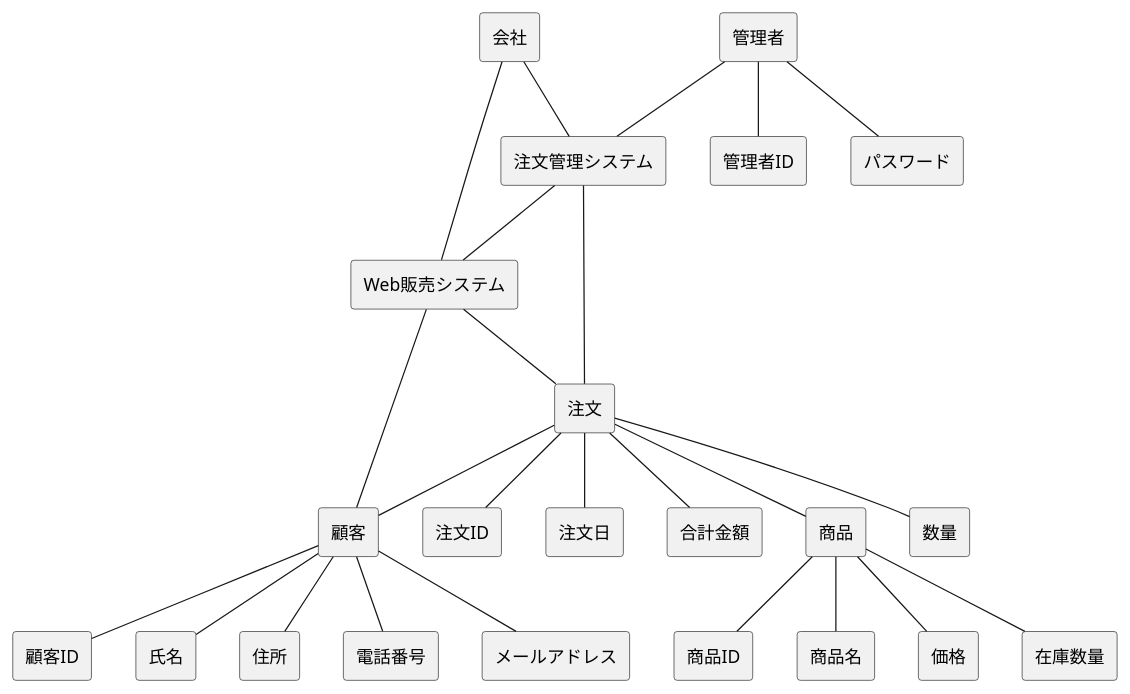
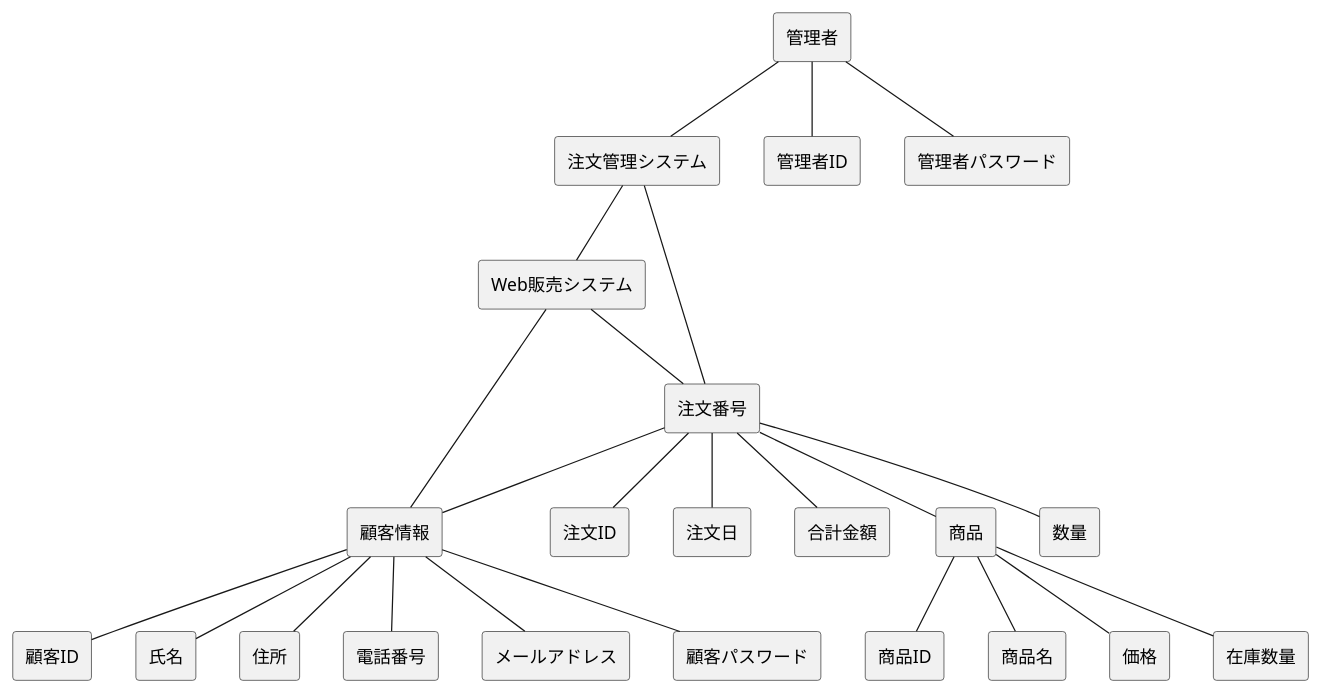
One commit to ko246/ohara_uml changed the diagram in group/3-3_総合演習1_BBショップ注文管理システム/ドメインモデル図/domain.pu. Above: the diagram before and after it, drawn with PlantUML. The commit also changed 2 other files, not shown here.

Commit message:
ドメインモデル図修正

```diff
--- a/group/3-3_総合演習1_BBショップ注文管理システム/ドメインモデル図/domain.pu
+++ b/group/3-3_総合演習1_BBショップ注文管理システム/ドメインモデル図/domain.pu
@@ -1,32 +1,30 @@
 @startuml Robodogドメインモデル図
 skinparam componentStyle rectangle
 
-' 
-[会社] --[Web販売システム]
-[会社] -- [注文管理システム]
 [注文管理システム] -- [Web販売システム]
-[注文管理システム] -- [注文]
-[Web販売システム] -- [注文]
+[注文管理システム] -- [注文番号]
+[Web販売システム] -- [注文番号]
 [管理者] -- [注文管理システム]
-[顧客] -- [Web販売システム]
-[顧客] -- [顧客ID]
-[顧客] -- [氏名]
-[顧客] -- [住所]
-[顧客] -- [電話番号]
-[顧客] -- [メールアドレス]
-[注文] -- [注文ID]
-[注文] -- [注文日]
-[注文] -- [合計金額]
+[顧客情報] -- [Web販売システム]
+[顧客情報] -- [顧客ID]
+[顧客情報] -- [氏名]
+[顧客情報] -- [住所]
+[顧客情報] -- [電話番号]
+[顧客情報] -- [メールアドレス]
+[顧客情報] -- [顧客パスワード]
+[注文番号] -- [注文ID]
+[注文番号] -- [注文日]
+[注文番号] -- [合計金額]
 [商品] -- [商品ID]
 [商品] -- [商品名]
 [商品] -- [価格]
 [商品] -- [在庫数量]
-[注文] -- [顧客]
-[注文] -- [商品]
-[注文] -- [数量]
+[注文番号] -- [顧客情報]
+[注文番号] -- [商品]
+[注文番号] -- [数量]
 
 [管理者] -- [管理者ID]
-[管理者] -- [パスワード]
+[管理者] -- [管理者パスワード]
 
 
 @enduml
```
